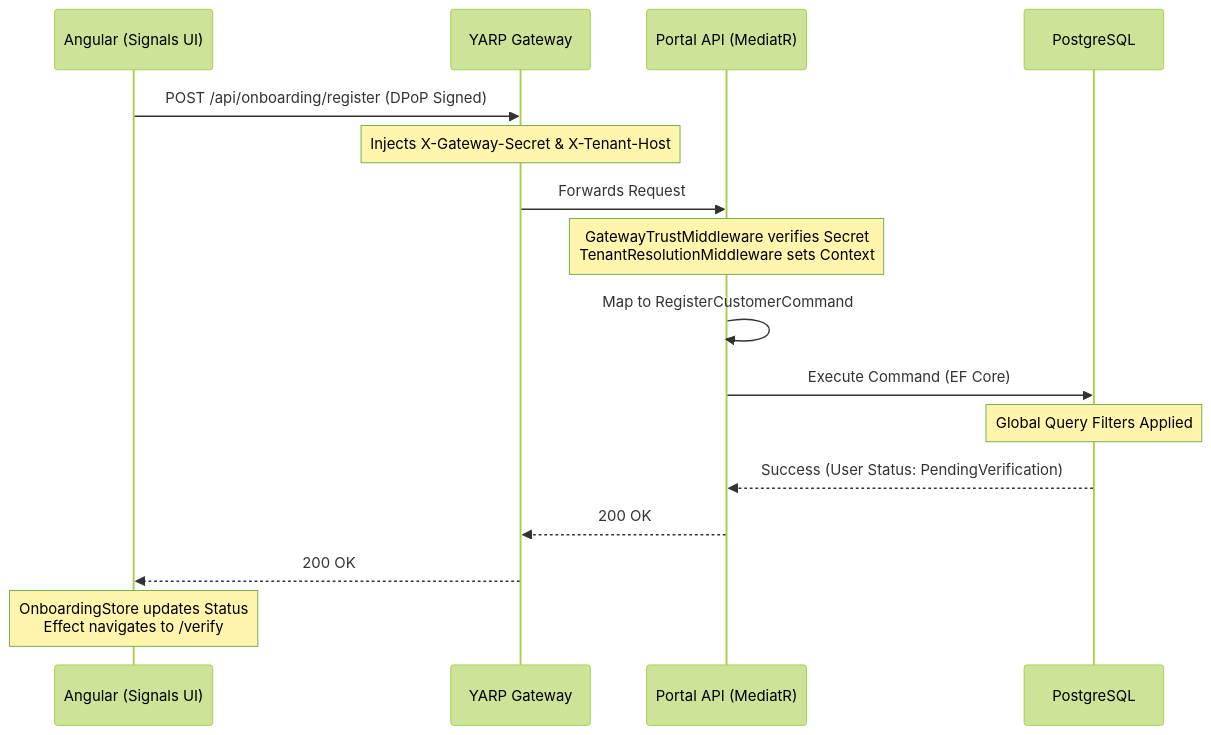
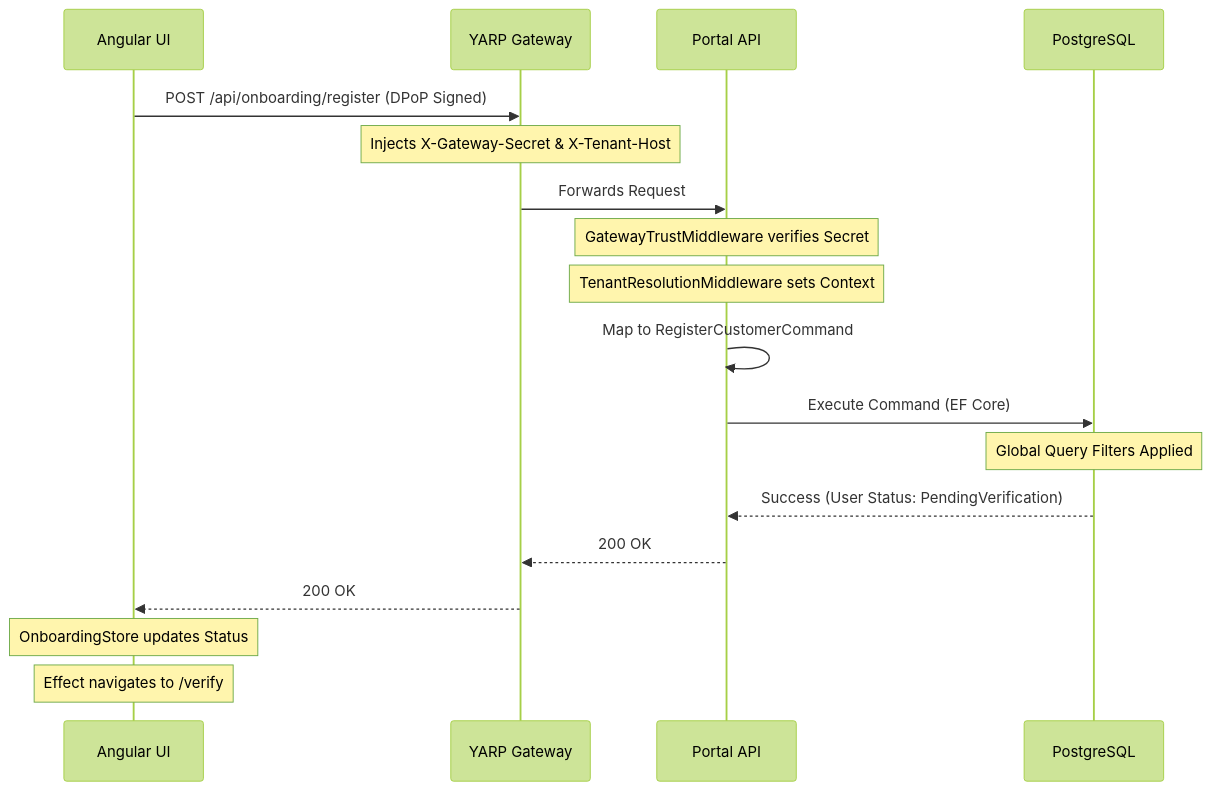
Before and after one commit to RaidenC/tai: the diagram in conductor/knowledge-base/tracks/user_onboarding.md, drawn with Mermaid (forest theme).

Commit message:
docs: fix mermaid diagram syntax for VSCode preview

````diff
--- a/conductor/knowledge-base/tracks/user_onboarding.md
+++ b/conductor/knowledge-base/tracks/user_onboarding.md
@@ -12,19 +12,21 @@
 ```mermaid
 sequenceDiagram
-    participant Browser as Angular (Signals UI)
+    participant Browser as Angular UI
     participant Gateway as YARP Gateway
-    participant API as Portal API (MediatR)
+    participant API as Portal API
     participant DB as PostgreSQL
 
     Browser->>Gateway: POST /api/onboarding/register (DPoP Signed)
     Note over Gateway: Injects X-Gateway-Secret & X-Tenant-Host
     Gateway->>API: Forwards Request
-    Note over API: GatewayTrustMiddleware verifies Secret<br/>TenantResolutionMiddleware sets Context
+    Note over API: GatewayTrustMiddleware verifies Secret
+    Note over API: TenantResolutionMiddleware sets Context
     API->>API: Map to RegisterCustomerCommand
     API->>DB: Execute Command (EF Core)
     Note over DB: Global Query Filters Applied
     DB-->>API: Success (User Status: PendingVerification)
     API-->>Gateway: 200 OK
     Gateway-->>Browser: 200 OK
-    Note over Browser: OnboardingStore updates Status<br/>Effect navigates to /verify
+    Note over Browser: OnboardingStore updates Status
+    Note over Browser: Effect navigates to /verify
 ```
````
